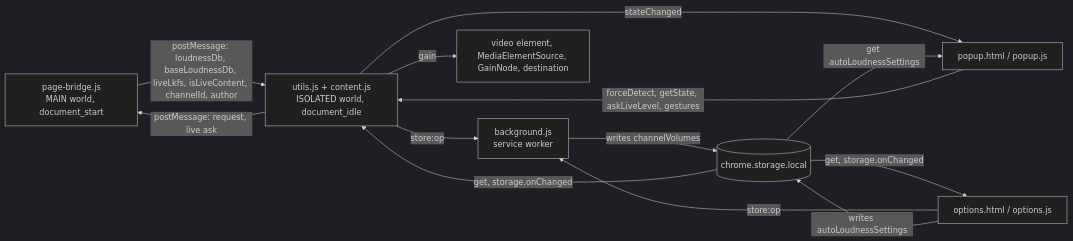
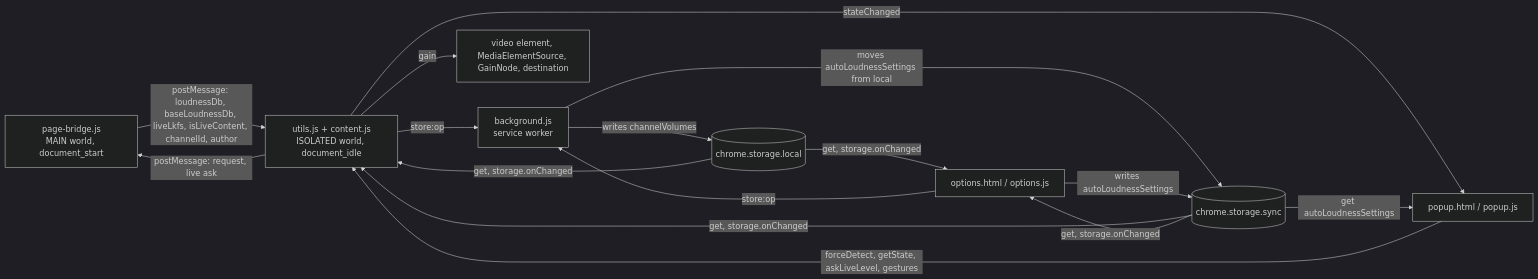
Before and after one commit to semnil/yt-channel-volume: the diagram in CLAUDE.md, drawn with Mermaid (dark theme). The commit also changed other lines of this file and 12 other files, not shown here.

First line of the commit message:
feat: sync channel-independent settings across devices

````diff
--- a/CLAUDE.md
+++ b/CLAUDE.md
@@ -9,23 +10,27 @@
 ```mermaid
 flowchart LR
   bridge["page-bridge.js<br>MAIN world, document_start"]
   content["utils.js + content.js<br>ISOLATED world, document_idle"]
   bg["background.js<br>service worker"]
   popup["popup.html / popup.js"]
   options["options.html / options.js"]
   store[("chrome.storage.local")]
+  sync[("chrome.storage.sync")]
   audio["video element, MediaElementSource, GainNode, destination"]
 
   bridge -- "postMessage: loudnessDb, baseLoudnessDb, liveLkfs, isLiveContent, channelId, author" --> content
   content -- "postMessage: request, live ask" --> bridge
   popup -- "forceDetect, getState, askLiveLevel, gestures" --> content
   content -- "stateChanged" --> popup
   content -- "store:op" --> bg
   options -- "store:op" --> bg
   bg -- "writes channelVolumes" --> store
-  options -- "writes autoLoudnessSettings" --> store
+  bg -- "moves autoLoudnessSettings from local" --> sync
+  options -- "writes autoLoudnessSettings" --> sync
   store -- "get, storage.onChanged" --> content
   store -- "get, storage.onChanged" --> options
-  store -- "get autoLoudnessSettings" --> popup
+  sync -- "get, storage.onChanged" --> content
+  sync -- "get, storage.onChanged" --> options
+  sync -- "get autoLoudnessSettings" --> popup
   content -- "gain" --> audio
 ```
````
